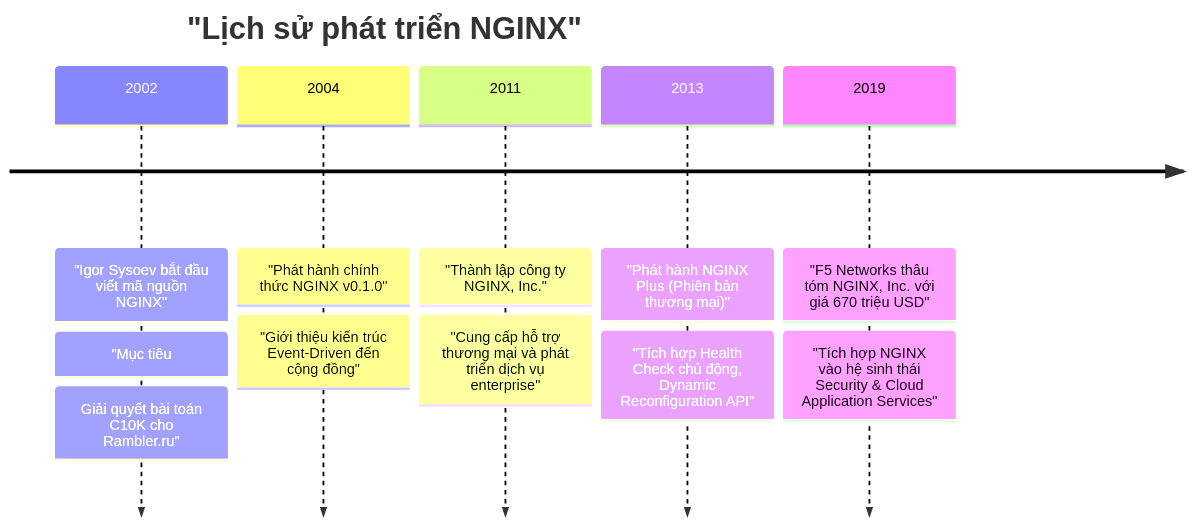
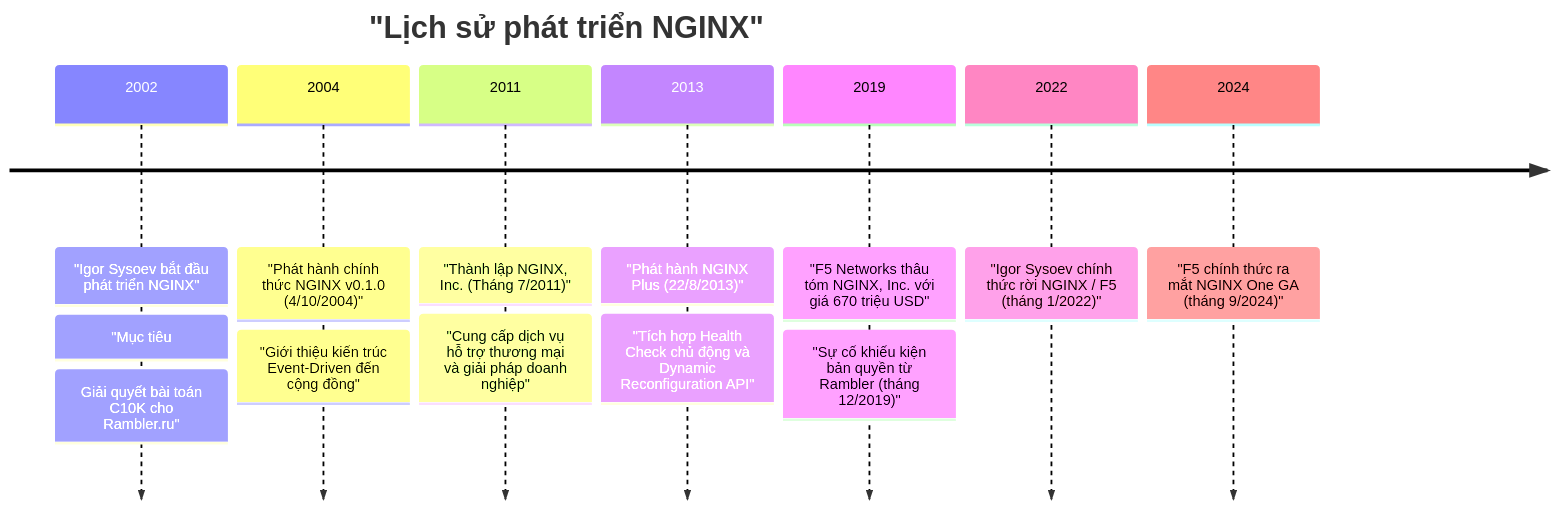
The first of 3 diagrams in nginx/01_nginx_introduction.md (MaiTheHao/docs), drawn with Mermaid before and after one commit. The commit also changed other lines of this file and 18 other files, not shown here.

````diff
--- a/nginx/01_nginx_introduction.md
+++ b/nginx/01_nginx_introduction.md
@@ -33,14 +33,18 @@
 ```mermaid
 timeline
+    accTitle: "Lịch sử phát triển NGINX"
+    accDescr: "Các cột mốc lịch sử quan trọng từ năm 2002 đến 2024 trong quá trình phát triển của NGINX."
     title "Lịch sử phát triển NGINX"
-    2002 : "Igor Sysoev bắt đầu viết mã nguồn NGINX"
+    2002 : "Igor Sysoev bắt đầu phát triển NGINX"
          : "Mục tiêu: Giải quyết bài toán C10K cho Rambler.ru"
-    2004 : "Phát hành chính thức NGINX v0.1.0"
+    2004 : "Phát hành chính thức NGINX v0.1.0 (4/10/2004)"
          : "Giới thiệu kiến trúc Event-Driven đến cộng đồng"
-    2011 : "Thành lập công ty NGINX, Inc."
-         : "Cung cấp hỗ trợ thương mại và phát triển dịch vụ enterprise"
-    2013 : "Phát hành NGINX Plus (Phiên bản thương mại)"
-         : "Tích hợp Health Check chủ động, Dynamic Reconfiguration API"
+    2011 : "Thành lập NGINX, Inc. (Tháng 7/2011)"
+         : "Cung cấp dịch vụ hỗ trợ thương mại và giải pháp doanh nghiệp"
+    2013 : "Phát hành NGINX Plus (22/8/2013)"
+         : "Tích hợp Health Check chủ động và Dynamic Reconfiguration API"
     2019 : "F5 Networks thâu tóm NGINX, Inc. với giá 670 triệu USD"
-         : "Tích hợp NGINX vào hệ sinh thái Security & Cloud Application Services"
+         : "Sự cố khiếu kiện bản quyền từ Rambler (tháng 12/2019)"
+    2022 : "Igor Sysoev chính thức rời NGINX / F5 (tháng 1/2022)"
+    2024 : "F5 chính thức ra mắt NGINX One GA (tháng 9/2024)"
 ```
````
